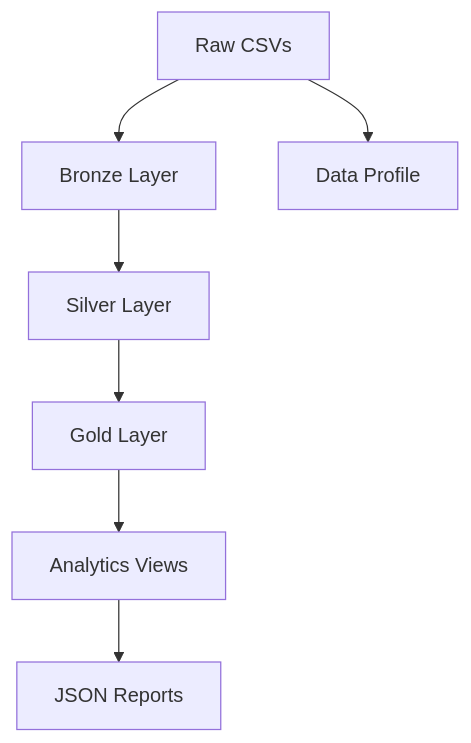
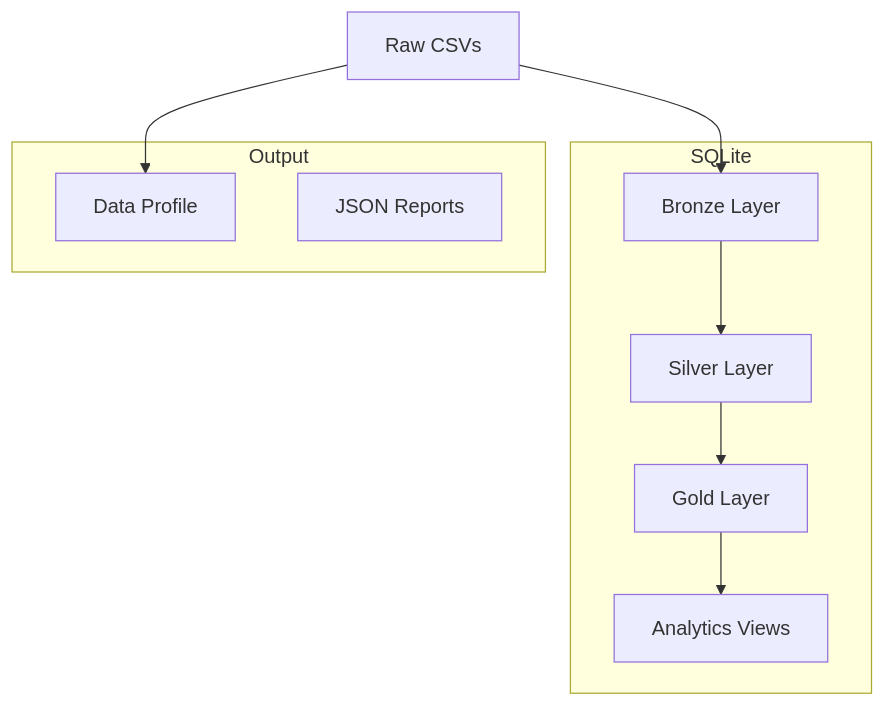
Before and after one commit to jaymberman/mindex_case_study: the diagram in README.md, drawn with Mermaid.

Commit message:
enhance diagram

````diff
--- a/README.md
+++ b/README.md
@@ -22,9 +22,23 @@
 ```mermaid
 flowchart TD
-    A[Raw CSVs] --> B[Bronze Layer]
-    A --> P[Data Profile]
-    B --> C[Silver Layer]
-    C --> D[Gold Layer]
-    D --> E[Analytics Views]
-    E --> F[JSON Reports]
+
+    A[Raw CSVs]
+
+    subgraph SQLITE[SQLite]
+        B[Bronze Layer]
+        C[Silver Layer]
+        D[Gold Layer]
+        E[Analytics Views]
+    end
+
+    subgraph OUTPUT[Output]
+        P[Data Profile]
+        F[JSON Reports]
+    end
+
+    A --> B
+    A --> P
+    B --> C
+    C --> D
+    D --> E
 ```
````
